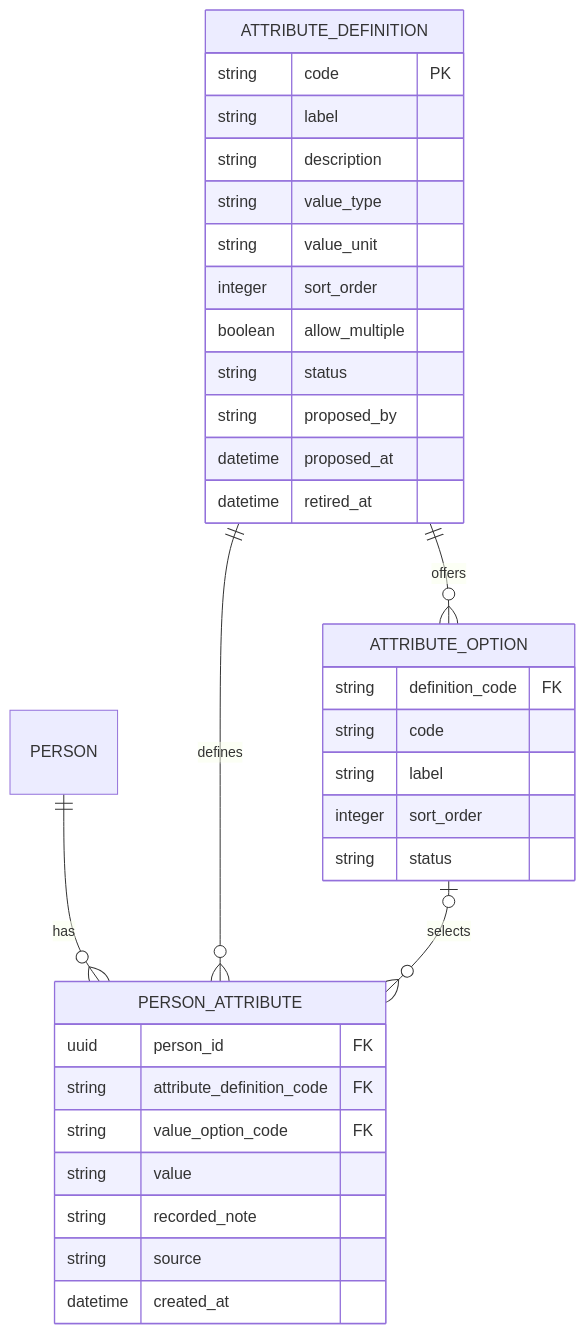
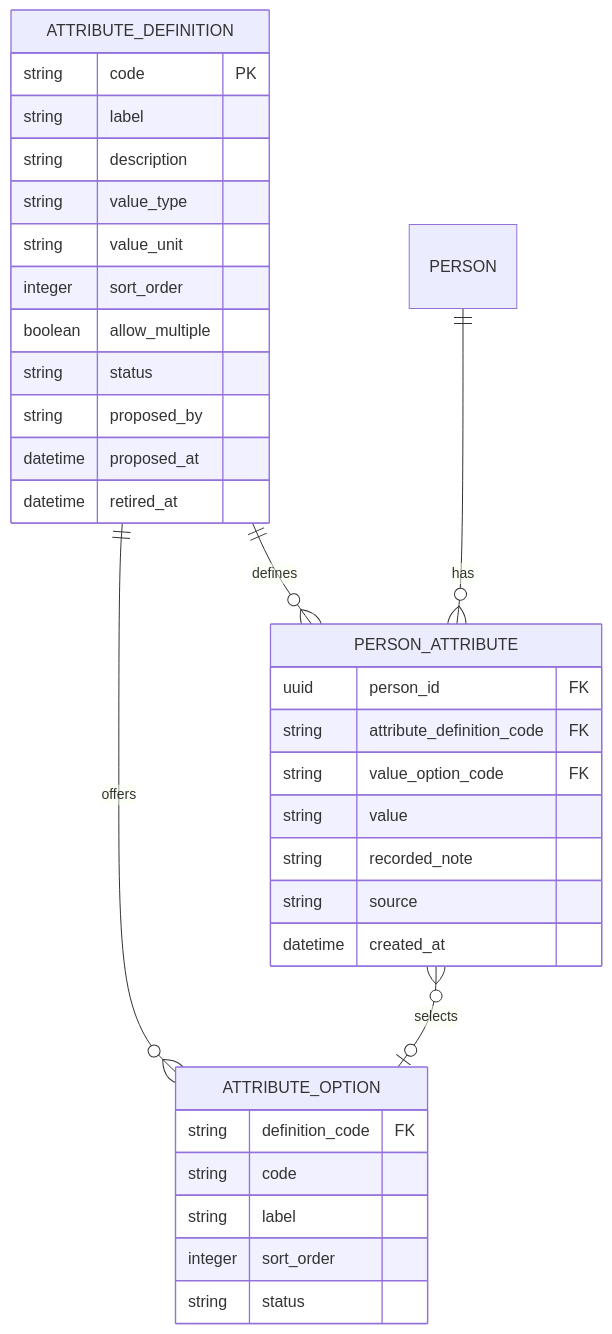
Before and after one commit to azduha/taborak-specification: the second of 8 diagrams in docs/appendix/erd.md, drawn with Mermaid. The commit also changed other lines of this file and 23 other files, not shown here.

````diff
--- a/docs/appendix/erd.md
+++ b/docs/appendix/erd.md
@@ -97,36 +97,36 @@
 ```mermaid
 erDiagram
     ATTRIBUTE_DEFINITION {
         string code PK
         string label
         string description
         string value_type
         string value_unit
         integer sort_order
         boolean allow_multiple
         string status
         string proposed_by
         datetime proposed_at
         datetime retired_at
     }
     ATTRIBUTE_OPTION {
         string definition_code FK
         string code
         string label
         integer sort_order
         string status
     }
     PERSON_ATTRIBUTE {
         uuid person_id FK
         string attribute_definition_code FK
         string value_option_code FK
         string value
         string recorded_note
         string source
         datetime created_at
     }
     PERSON ||--o{ PERSON_ATTRIBUTE : has
     ATTRIBUTE_DEFINITION ||--o{ ATTRIBUTE_OPTION : offers
     ATTRIBUTE_DEFINITION ||--o{ PERSON_ATTRIBUTE : defines
-    ATTRIBUTE_OPTION o|--o{ PERSON_ATTRIBUTE : selects
+    PERSON_ATTRIBUTE }o--o| ATTRIBUTE_OPTION : selects
 ```
````
